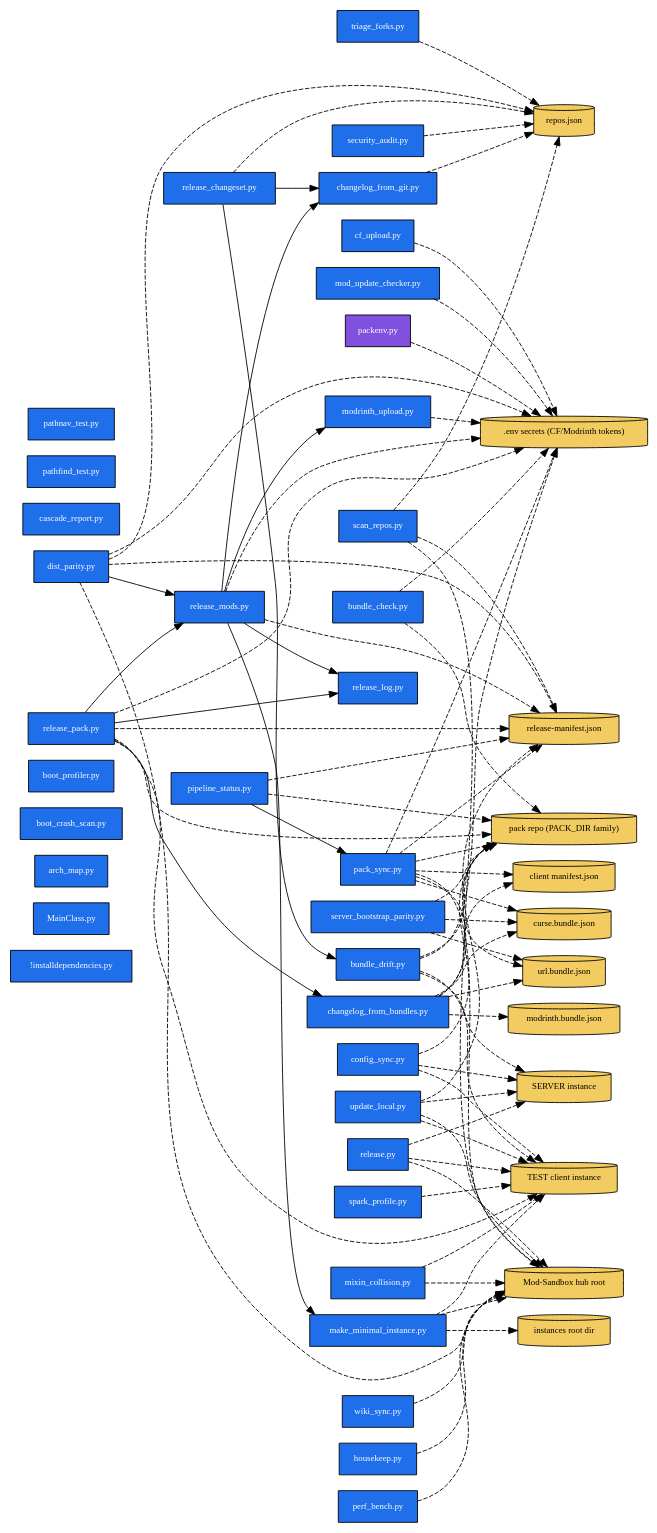
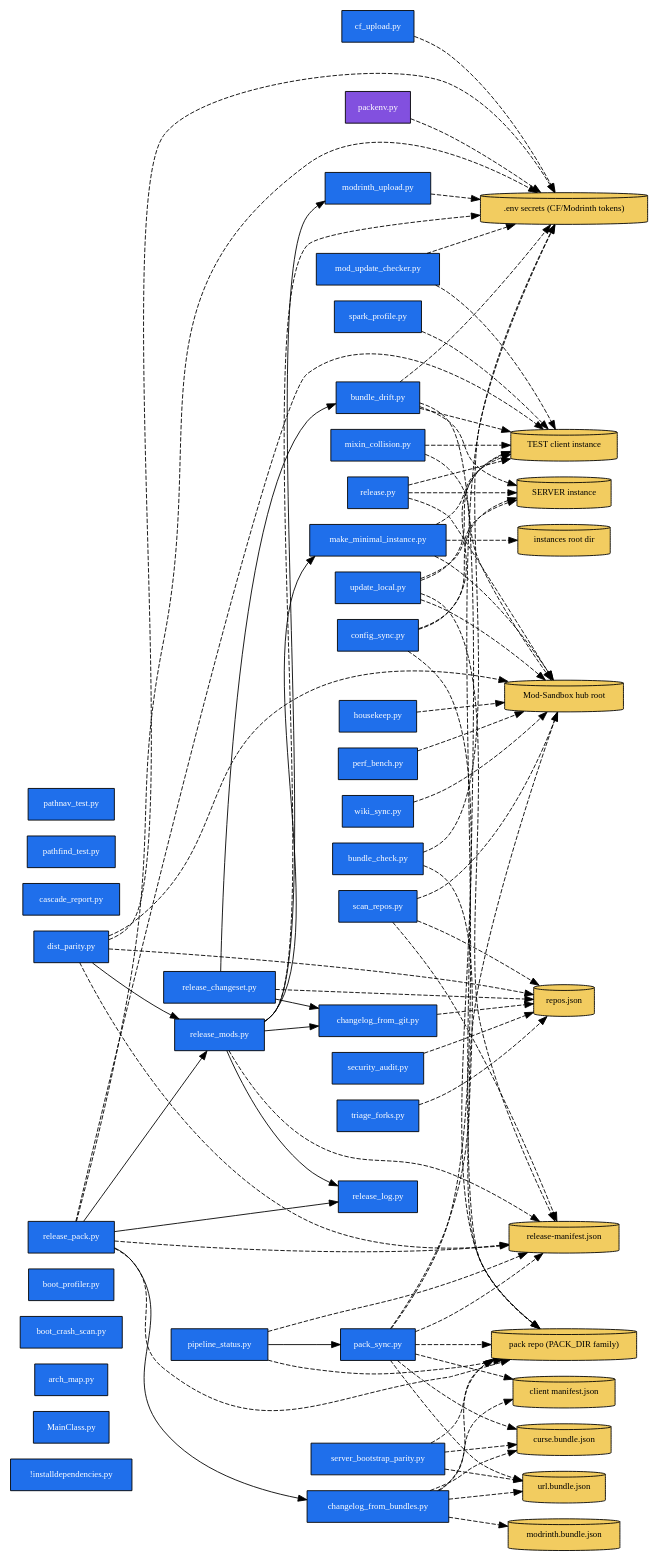
One commit to quentin452/Cat-Pack-Utilities changed the diagram in ARCHITECTURE.dot. Above: the diagram before and after it, drawn with Graphviz.

Commit message:
chore(tooling): regenerate ARCHITECTURE.dot (packenv secret-reader migration)

```diff
--- a/ARCHITECTURE.dot
+++ b/ARCHITECTURE.dot
@@ -1,129 +1,130 @@
 digraph arch {
   rankdir=LR;
   node [shape=box, style=filled, fontsize=10];
 
   S__installdependencies [label="!installdependencies.py", fillcolor="#1f6feb", fontcolor="white"];
   S_MainClass [label="MainClass.py", fillcolor="#1f6feb", fontcolor="white"];
   S_arch_map [label="arch_map.py", fillcolor="#1f6feb", fontcolor="white"];
   S_boot_crash_scan [label="boot_crash_scan.py", fillcolor="#1f6feb", fontcolor="white"];
   S_boot_profiler [label="boot_profiler.py", fillcolor="#1f6feb", fontcolor="white"];
   S_bundle_check [label="bundle_check.py", fillcolor="#1f6feb", fontcolor="white"];
   S_bundle_drift [label="bundle_drift.py", fillcolor="#1f6feb", fontcolor="white"];
   S_cascade_report [label="cascade_report.py", fillcolor="#1f6feb", fontcolor="white"];
   S_cf_upload [label="cf_upload.py", fillcolor="#1f6feb", fontcolor="white"];
   S_changelog_from_bundles [label="changelog_from_bundles.py", fillcolor="#1f6feb", fontcolor="white"];
   S_changelog_from_git [label="changelog_from_git.py", fillcolor="#1f6feb", fontcolor="white"];
   S_config_sync [label="config_sync.py", fillcolor="#1f6feb", fontcolor="white"];
   S_dist_parity [label="dist_parity.py", fillcolor="#1f6feb", fontcolor="white"];
   S_housekeep [label="housekeep.py", fillcolor="#1f6feb", fontcolor="white"];
   S_make_minimal_instance [label="make_minimal_instance.py", fillcolor="#1f6feb", fontcolor="white"];
   S_mixin_collision [label="mixin_collision.py", fillcolor="#1f6feb", fontcolor="white"];
   S_mod_update_checker [label="mod_update_checker.py", fillcolor="#1f6feb", fontcolor="white"];
   S_modrinth_upload [label="modrinth_upload.py", fillcolor="#1f6feb", fontcolor="white"];
   S_pack_sync [label="pack_sync.py", fillcolor="#1f6feb", fontcolor="white"];
   S_packenv [label="packenv.py", fillcolor="#8250df", fontcolor="white"];
   S_pathfind_test [label="pathfind_test.py", fillcolor="#1f6feb", fontcolor="white"];
   S_pathnav_test [label="pathnav_test.py", fillcolor="#1f6feb", fontcolor="white"];
   S_perf_bench [label="perf_bench.py", fillcolor="#1f6feb", fontcolor="white"];
   S_pipeline_status [label="pipeline_status.py", fillcolor="#1f6feb", fontcolor="white"];
   S_release [label="release.py", fillcolor="#1f6feb", fontcolor="white"];
   S_release_changeset [label="release_changeset.py", fillcolor="#1f6feb", fontcolor="white"];
   S_release_log [label="release_log.py", fillcolor="#1f6feb", fontcolor="white"];
   S_release_mods [label="release_mods.py", fillcolor="#1f6feb", fontcolor="white"];
   S_release_pack [label="release_pack.py", fillcolor="#1f6feb", fontcolor="white"];
   S_scan_repos [label="scan_repos.py", fillcolor="#1f6feb", fontcolor="white"];
   S_security_audit [label="security_audit.py", fillcolor="#1f6feb", fontcolor="white"];
   S_server_bootstrap_parity [label="server_bootstrap_parity.py", fillcolor="#1f6feb", fontcolor="white"];
   S_spark_profile [label="spark_profile.py", fillcolor="#1f6feb", fontcolor="white"];
   S_triage_forks [label="triage_forks.py", fillcolor="#1f6feb", fontcolor="white"];
   S_update_local [label="update_local.py", fillcolor="#1f6feb", fontcolor="white"];
   S_wiki_sync [label="wiki_sync.py", fillcolor="#1f6feb", fontcolor="white"];
 
   D_ART_SECRETS [label=".env secrets (CF/Modrinth tokens)", shape=cylinder, fillcolor="#f2cc60"];
   D_ART_HUB [label="Mod-Sandbox hub root", shape=cylinder, fillcolor="#f2cc60"];
   D_ART_INSTANCE_SERVER [label="SERVER instance", shape=cylinder, fillcolor="#f2cc60"];
   D_ART_INSTANCE_TEST [label="TEST client instance", shape=cylinder, fillcolor="#f2cc60"];
   D_ART_CLIENT_MANIFEST [label="client manifest.json", shape=cylinder, fillcolor="#f2cc60"];
   D_ART_CURSE_BUNDLE [label="curse.bundle.json", shape=cylinder, fillcolor="#f2cc60"];
   D_ART_INSTANCES_ROOT [label="instances root dir", shape=cylinder, fillcolor="#f2cc60"];
   D_ART_MODRINTH_BUNDLE [label="modrinth.bundle.json", shape=cylinder, fillcolor="#f2cc60"];
   D_ART_PACK_DIR [label="pack repo (PACK_DIR family)", shape=cylinder, fillcolor="#f2cc60"];
   D_ART_RELEASE_MANIFEST [label="release-manifest.json", shape=cylinder, fillcolor="#f2cc60"];
   D_ART_REPOS_JSON [label="repos.json", shape=cylinder, fillcolor="#f2cc60"];
   D_ART_URL_BUNDLE [label="url.bundle.json", shape=cylinder, fillcolor="#f2cc60"];
 
   S_dist_parity -> S_release_mods;
   S_pipeline_status -> S_pack_sync;
   S_release_changeset -> S_bundle_drift;
   S_release_changeset -> S_changelog_from_git;
   S_release_mods -> S_changelog_from_git;
   S_release_mods -> S_make_minimal_instance;
   S_release_mods -> S_modrinth_upload;
   S_release_mods -> S_release_log;
   S_release_pack -> S_changelog_from_bundles;
   S_release_pack -> S_release_log;
   S_release_pack -> S_release_mods;
   S_bundle_check -> D_ART_SECRETS [style=dashed];
   S_bundle_check -> D_ART_PACK_DIR [style=dashed];
   S_bundle_drift -> D_ART_SECRETS [style=dashed];
   S_bundle_drift -> D_ART_INSTANCE_SERVER [style=dashed];
   S_bundle_drift -> D_ART_INSTANCE_TEST [style=dashed];
   S_bundle_drift -> D_ART_PACK_DIR [style=dashed];
   S_cf_upload -> D_ART_SECRETS [style=dashed];
   S_changelog_from_bundles -> D_ART_CLIENT_MANIFEST [style=dashed];
   S_changelog_from_bundles -> D_ART_CURSE_BUNDLE [style=dashed];
   S_changelog_from_bundles -> D_ART_MODRINTH_BUNDLE [style=dashed];
   S_changelog_from_bundles -> D_ART_PACK_DIR [style=dashed];
   S_changelog_from_bundles -> D_ART_URL_BUNDLE [style=dashed];
   S_changelog_from_git -> D_ART_REPOS_JSON [style=dashed];
   S_config_sync -> D_ART_INSTANCE_SERVER [style=dashed];
   S_config_sync -> D_ART_INSTANCE_TEST [style=dashed];
   S_config_sync -> D_ART_PACK_DIR [style=dashed];
   S_dist_parity -> D_ART_SECRETS [style=dashed];
   S_dist_parity -> D_ART_HUB [style=dashed];
   S_dist_parity -> D_ART_RELEASE_MANIFEST [style=dashed];
   S_dist_parity -> D_ART_REPOS_JSON [style=dashed];
   S_housekeep -> D_ART_HUB [style=dashed];
   S_make_minimal_instance -> D_ART_HUB [style=dashed];
   S_make_minimal_instance -> D_ART_INSTANCE_TEST [style=dashed];
   S_make_minimal_instance -> D_ART_INSTANCES_ROOT [style=dashed];
   S_mixin_collision -> D_ART_HUB [style=dashed];
   S_mixin_collision -> D_ART_INSTANCE_TEST [style=dashed];
   S_mod_update_checker -> D_ART_SECRETS [style=dashed];
+  S_mod_update_checker -> D_ART_INSTANCE_TEST [style=dashed];
   S_modrinth_upload -> D_ART_SECRETS [style=dashed];
   S_pack_sync -> D_ART_SECRETS [style=dashed];
   S_pack_sync -> D_ART_HUB [style=dashed];
   S_pack_sync -> D_ART_CLIENT_MANIFEST [style=dashed];
   S_pack_sync -> D_ART_CURSE_BUNDLE [style=dashed];
   S_pack_sync -> D_ART_PACK_DIR [style=dashed];
   S_pack_sync -> D_ART_RELEASE_MANIFEST [style=dashed];
   S_pack_sync -> D_ART_URL_BUNDLE [style=dashed];
   S_packenv -> D_ART_SECRETS [style=dashed];
   S_perf_bench -> D_ART_HUB [style=dashed];
   S_pipeline_status -> D_ART_PACK_DIR [style=dashed];
   S_pipeline_status -> D_ART_RELEASE_MANIFEST [style=dashed];
   S_release -> D_ART_HUB [style=dashed];
   S_release -> D_ART_INSTANCE_SERVER [style=dashed];
   S_release -> D_ART_INSTANCE_TEST [style=dashed];
   S_release_changeset -> D_ART_REPOS_JSON [style=dashed];
   S_release_mods -> D_ART_SECRETS [style=dashed];
   S_release_mods -> D_ART_RELEASE_MANIFEST [style=dashed];
   S_release_pack -> D_ART_SECRETS [style=dashed];
   S_release_pack -> D_ART_INSTANCE_TEST [style=dashed];
   S_release_pack -> D_ART_PACK_DIR [style=dashed];
   S_release_pack -> D_ART_RELEASE_MANIFEST [style=dashed];
   S_scan_repos -> D_ART_HUB [style=dashed];
   S_scan_repos -> D_ART_RELEASE_MANIFEST [style=dashed];
   S_scan_repos -> D_ART_REPOS_JSON [style=dashed];
   S_security_audit -> D_ART_REPOS_JSON [style=dashed];
   S_server_bootstrap_parity -> D_ART_CURSE_BUNDLE [style=dashed];
   S_server_bootstrap_parity -> D_ART_PACK_DIR [style=dashed];
   S_server_bootstrap_parity -> D_ART_URL_BUNDLE [style=dashed];
   S_spark_profile -> D_ART_INSTANCE_TEST [style=dashed];
   S_triage_forks -> D_ART_REPOS_JSON [style=dashed];
   S_update_local -> D_ART_HUB [style=dashed];
   S_update_local -> D_ART_INSTANCE_SERVER [style=dashed];
   S_update_local -> D_ART_INSTANCE_TEST [style=dashed];
   S_update_local -> D_ART_RELEASE_MANIFEST [style=dashed];
   S_wiki_sync -> D_ART_HUB [style=dashed];
 }
```
